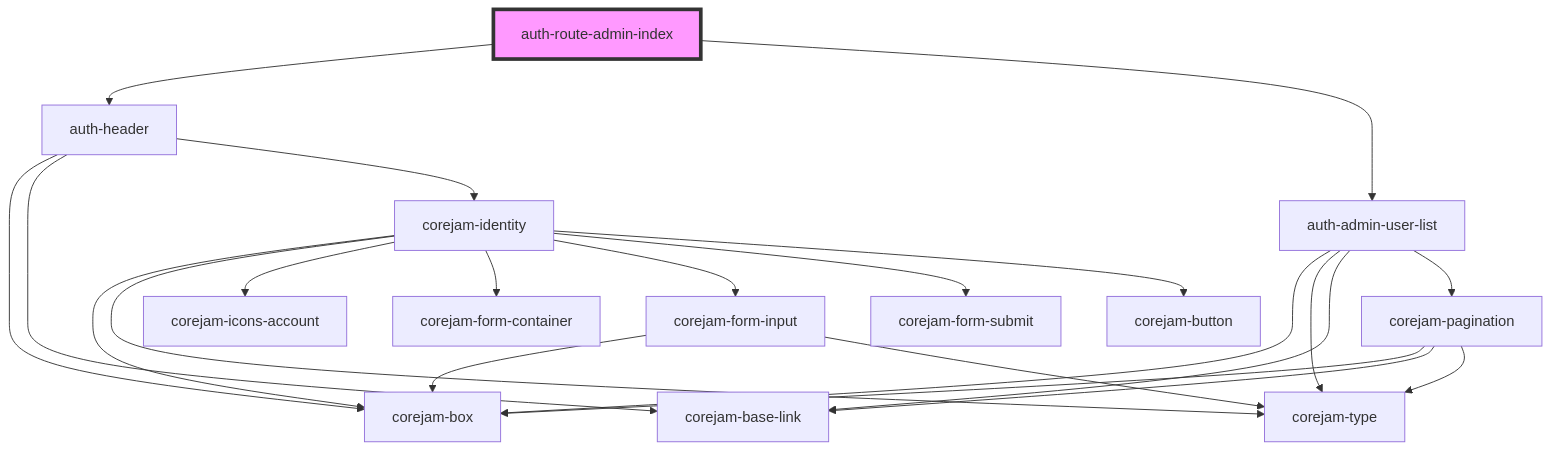
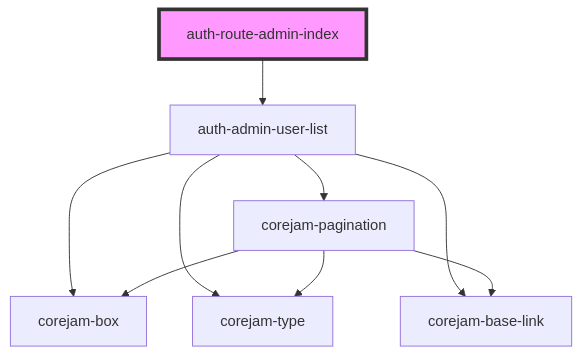
One commit to corejam/corejam changed the diagram in packages/auth/app/routes/admin/users/readme.md. Above: the diagram before and after it, drawn with Mermaid. The commit also changed other lines of this file and 43 other files, not shown here.

````diff
--- a/packages/auth/app/routes/admin/users/readme.md
+++ b/packages/auth/app/routes/admin/users/readme.md
@@ -16,25 +15,12 @@
 ```mermaid
 graph TD;
-  auth-route-admin-index --> auth-header
   auth-route-admin-index --> auth-admin-user-list
-  auth-header --> corejam-box
-  auth-header --> corejam-base-link
-  auth-header --> corejam-identity
-  corejam-identity --> corejam-box
-  corejam-identity --> corejam-type
-  corejam-identity --> corejam-icons-account
-  corejam-identity --> corejam-form-container
-  corejam-identity --> corejam-form-input
-  corejam-identity --> corejam-form-submit
-  corejam-identity --> corejam-button
-  corejam-form-input --> corejam-box
-  corejam-form-input --> corejam-type
   auth-admin-user-list --> corejam-box
   auth-admin-user-list --> corejam-type
   auth-admin-user-list --> corejam-base-link
   auth-admin-user-list --> corejam-pagination
   corejam-pagination --> corejam-box
   corejam-pagination --> corejam-base-link
   corejam-pagination --> corejam-type
   style auth-route-admin-index fill:#f9f,stroke:#333,stroke-width:4px
 ```
````
